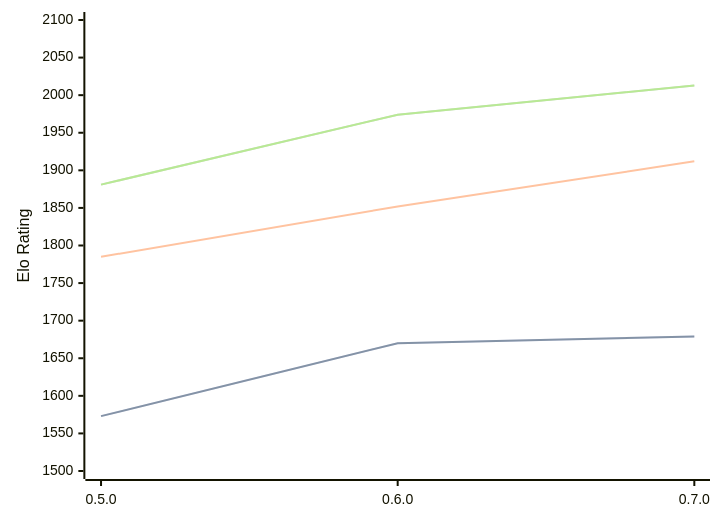
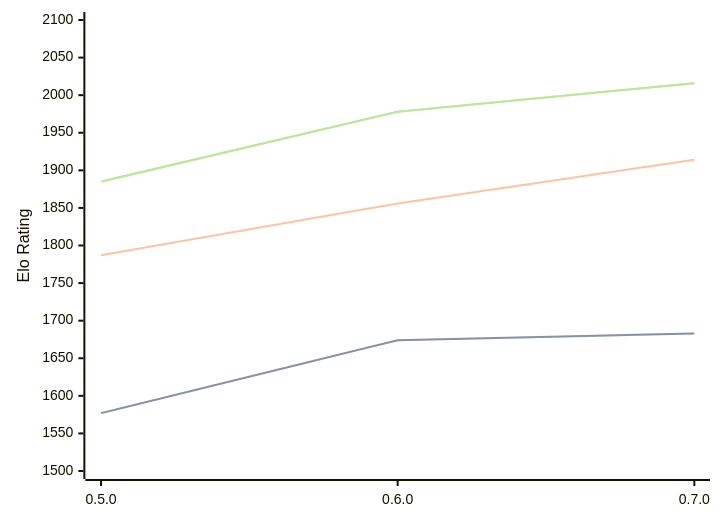
Before and after one commit to computer-chess-index/cci: the diagram in engines/Chess-rs.md, drawn with Mermaid. The commit also changed other lines of this file, not shown here.

Commit message:
Update CCI Ratings (ELO VLTC) - 2026-08-18

````diff
--- a/engines/Chess-rs.md
+++ b/engines/Chess-rs.md
@@ -33,11 +33,11 @@
 ```mermaid
 %%{init: {"theme":"base","themeVariables":{"seriesColors:['#a3a3a3','#222221','#faa371']}}}%%
 xychart-beta
   x-axis ["0.5.0", "0.6.0", "0.7.0"]
   y-axis "Elo Rating" 1500 --> 2100
-  line "STC (8.0+0.08s)" [1573, 1670, 1679]
-  line "STC (8.0+0.08s)" [1573, 1670, 1679]
-  line "LTC (60.0+0.60s)" [1785, 1852, 1912]
-  line "VLTC (2m24s+1.12s)" [1881, 1974, 2013]
-  line "VLTC (2m24s+1.12s)" [1881, 1974, 2013]
+  line "STC (8.0+0.08s)" [1577, 1674, 1683]
+  line "STC (8.0+0.08s)" [1577, 1674, 1683]
+  line "LTC (60.0+0.60s)" [1787, 1856, 1914]
+  line "VLTC (2m24s+1.12s)" [1885, 1978, 2016]
+  line "VLTC (2m24s+1.12s)" [1885, 1978, 2016]
 ```
````
